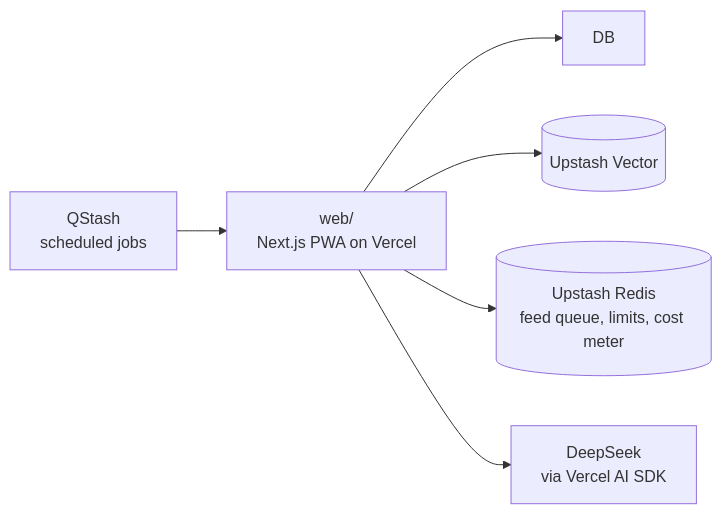
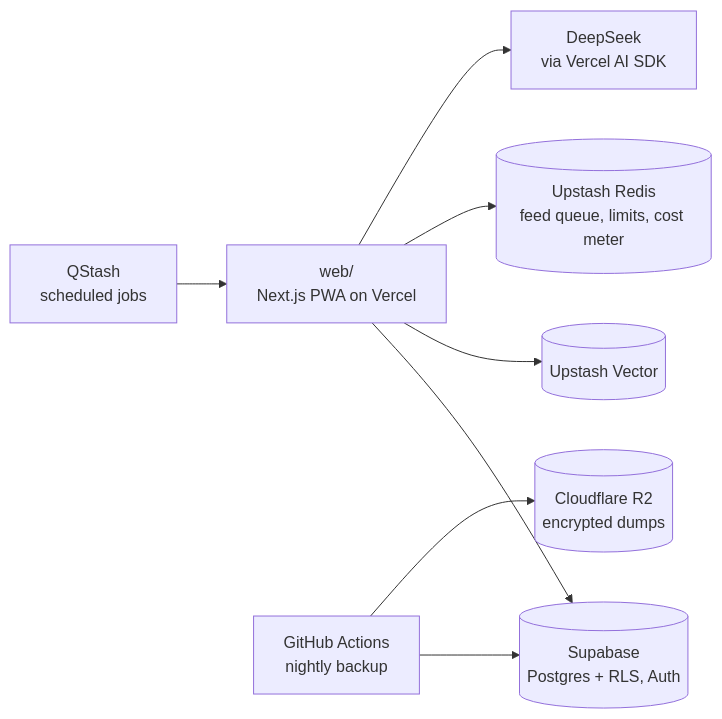
Before and after one commit to Am4nn/90x: the diagram in README.md, drawn with Mermaid. The commit also changed other lines of this file and 9 other files, not shown here.

````diff
--- a/README.md
+++ b/README.md
@@ -47,9 +55,10 @@
 ```mermaid
 flowchart LR
-
-  APP["web/<br/>Next.js PWA on Vercel"] --> DB
+  APP["web/<br/>Next.js PWA on Vercel"] --> DB[("Supabase<br/>Postgres + RLS, Auth")]
   APP --> VEC[("Upstash Vector")]
   APP --> RED[("Upstash Redis<br/>feed queue, limits, cost meter")]
   APP --> AI["DeepSeek<br/>via Vercel AI SDK"]
   QS["QStash<br/>scheduled jobs"] --> APP
+  GHA["GitHub Actions<br/>nightly backup"] --> DB
+  GHA --> R2[("Cloudflare R2<br/>encrypted dumps")]
 ```
````
